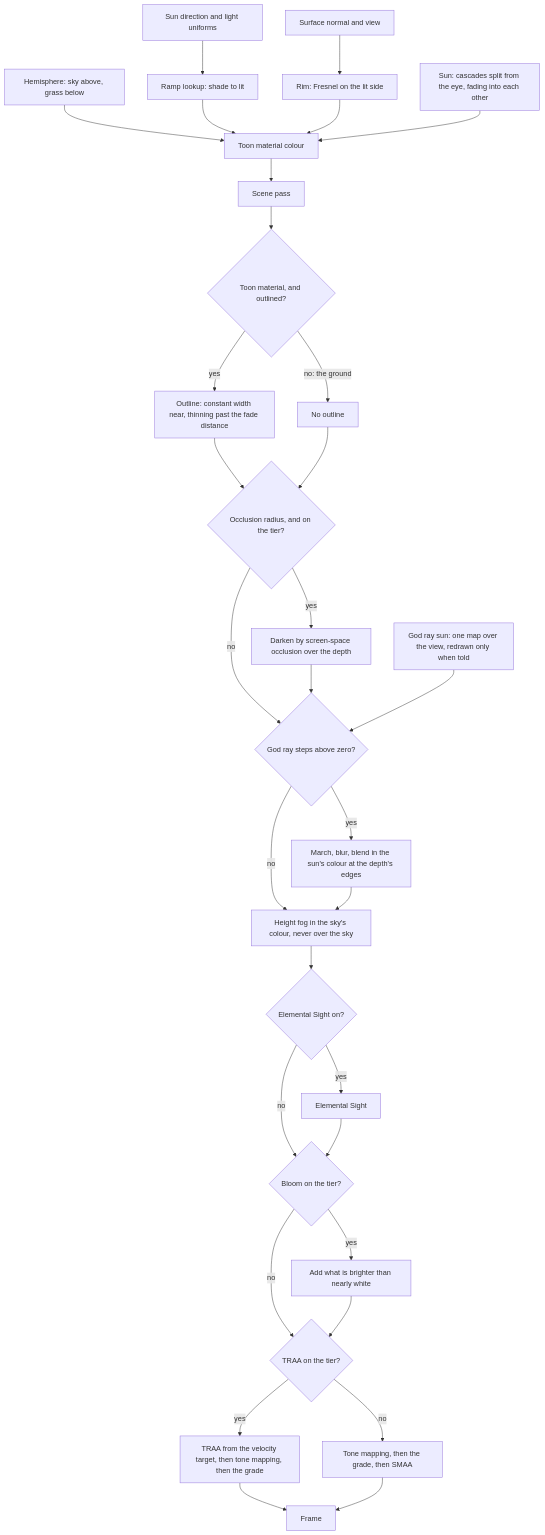
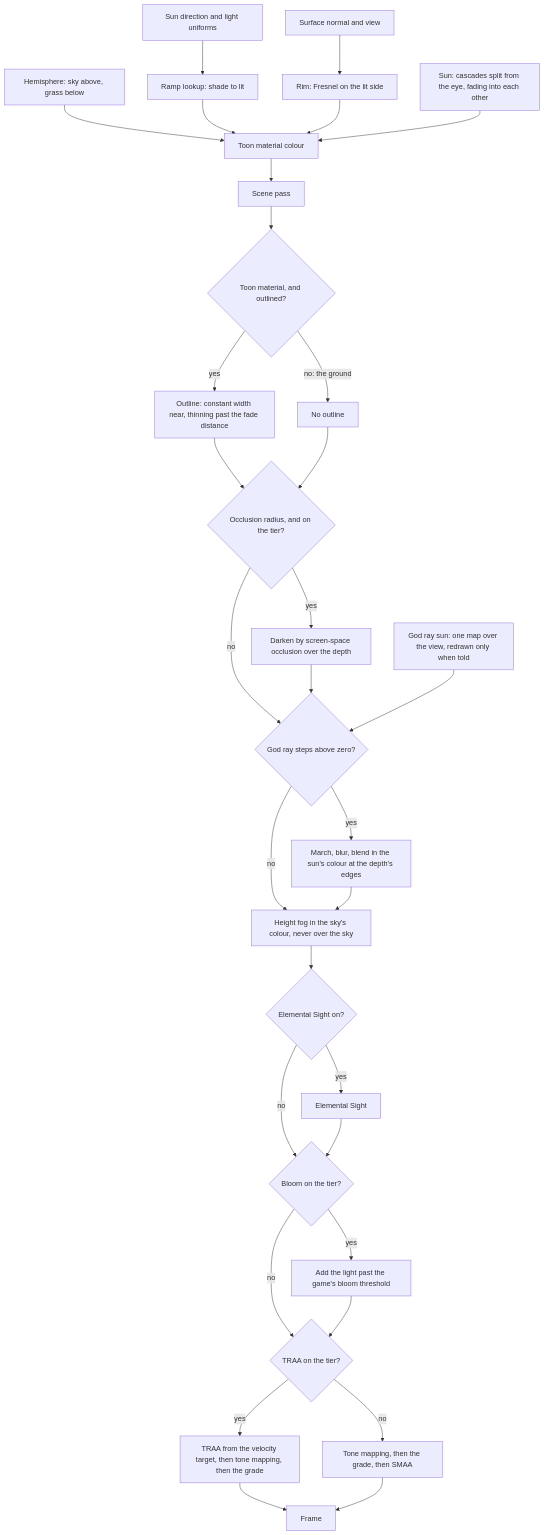
Before and after one commit to Esposter/Esposter: the diagram in openspec/specs/genshin/rendering-style/design.md, drawn with Mermaid. The commit also changed 1 other file, not shown here.

Commit message:
docs(genshin): the sky's frame and the bloom's threshold read as the bloom that is drawn

````diff
--- a/openspec/specs/genshin/rendering-style/design.md
+++ b/openspec/specs/genshin/rendering-style/design.md
@@ -7,33 +7,33 @@
 ```mermaid
 flowchart TD
   L[Sun direction and light uniforms] --> R[Ramp lookup: shade to lit]
   H[Hemisphere: sky above, grass below] --> M[Toon material colour]
   R --> M
   N[Surface normal and view] --> F[Rim: Fresnel on the lit side]
   F --> M
   S[Sun: cascades split from the eye, fading into each other] --> M
   M --> P[Scene pass]
   P --> O{Toon material, and outlined?}
   O -->|yes| OL[Outline: constant width near, thinning past the fade distance]
   O -->|no: the ground| P2[No outline]
   OL --> AO{Occlusion radius, and on the tier?}
   P2 --> AO
   AO -->|yes| AOD[Darken by screen-space occlusion over the depth]
   AO -->|no| G
   AOD --> G{God ray steps above zero?}
   GL[God ray sun: one map over the view, redrawn only when told] --> G
   G -->|yes| GR[March, blur, blend in the sun's colour at the depth's edges]
   G -->|no| Z
   GR --> Z[Height fog in the sky's colour, never over the sky]
   Z --> SG{Elemental Sight on?}
   SG -->|yes| SGL["Elemental Sight"]
   SG -->|no| B{Bloom on the tier?}
   SGL --> B
-  B -->|yes| BL[Add what is brighter than nearly white]
+  B -->|yes| BL[Add the light past the game's bloom threshold]
   B -->|no| AA
   BL --> AA{TRAA on the tier?}
   AA -->|yes| T[TRAA from the velocity target, then tone mapping, then the grade]
   AA -->|no| SM[Tone mapping, then the grade, then SMAA]
   T --> X[Frame]
   SM --> X
 ```
````
